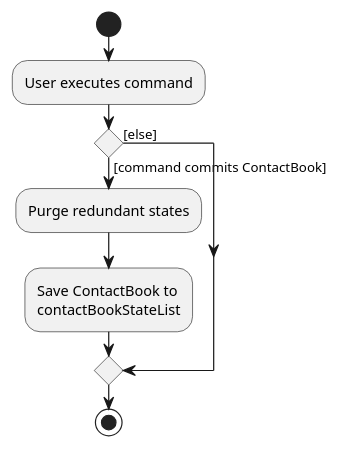
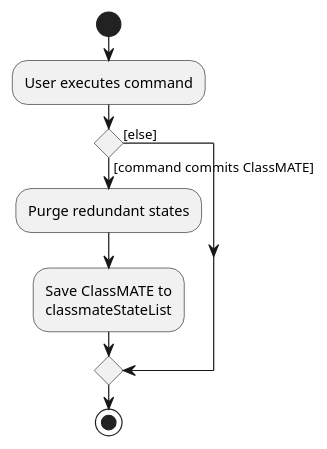
One commit to nus-cs2103-AY2122S1/tp changed the diagram in docs/diagrams/CommitActivityDiagram.puml. Above: the diagram before and after it, drawn with PlantUML. The commit also changed 28 other files, not shown here.

Commit message:
Change AddressBook mentions in docs to ClassMATE

```diff
--- a/docs/diagrams/CommitActivityDiagram.puml
+++ b/docs/diagrams/CommitActivityDiagram.puml
@@ -1,15 +1,15 @@
 @startuml
 start
 :User executes command;
 
 'Since the beta syntax does not support placing the condition outside the
 'diamond we place it as the true branch instead.
 
-if () then ([command commits ContactBook])
+if () then ([command commits ClassMATE])
     :Purge redundant states;
-    :Save ContactBook to
-    contactBookStateList;
+    :Save ClassMATE to
+    classmateStateList;
 else ([else])
 endif
 stop
 @enduml
```
